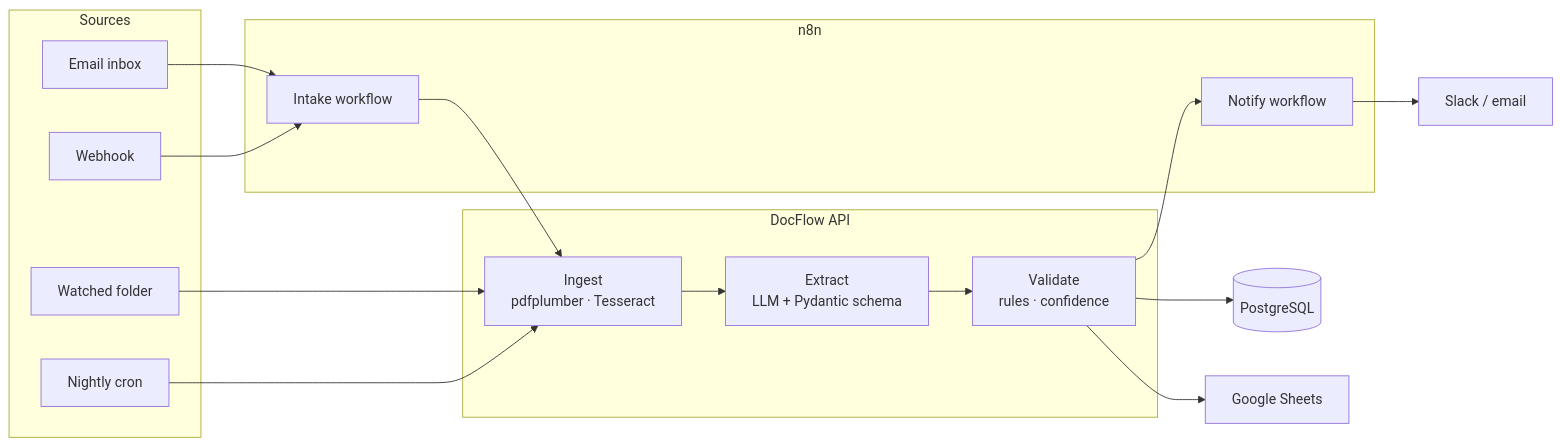
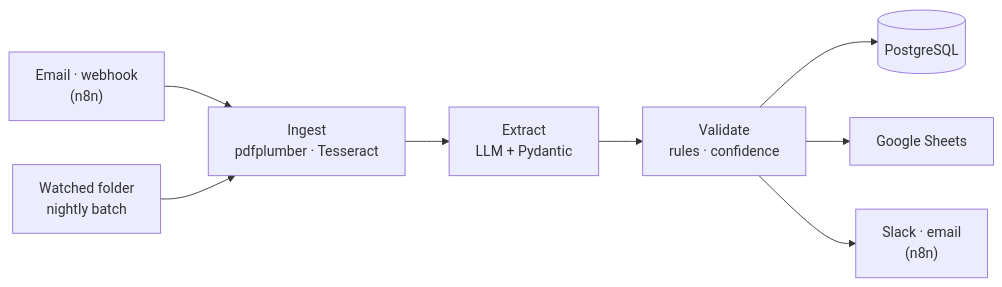
The diagram in README.md (PriyamKeshri/Docflow), drawn with Mermaid before and after one commit.

Commit message:
Simplify README diagram

````diff
--- a/README.md
+++ b/README.md
@@ -12,31 +12,10 @@
 ```mermaid
 flowchart LR
-    subgraph sources [Sources]
-        email[Email inbox]
-        hook[Webhook]
-        folder[Watched folder]
-        cron[Nightly cron]
-    end
-    subgraph orchestration [n8n]
-        intake[Intake workflow]
-        notify[Notify workflow]
-    end
-    subgraph service [DocFlow API]
-        ingest["Ingest<br/>pdfplumber · Tesseract"]
-        extract["Extract<br/>LLM + Pydantic schema"]
-        validate["Validate<br/>rules · confidence"]
-    end
-    db[(PostgreSQL)]
-    sheets[Google Sheets]
-    alerts[Slack / email]
-
-    email --> intake
-    hook --> intake
-    intake --> ingest
-    folder --> ingest
-    cron --> ingest
-    ingest --> extract --> validate
-    validate --> db
-    validate --> sheets
-    validate --> notify --> alerts
+    inbox["Email · webhook<br/>(n8n)"] --> ingest
+    folder["Watched folder<br/>nightly batch"] --> ingest
+    ingest["Ingest<br/>pdfplumber · Tesseract"] --> extract["Extract<br/>LLM + Pydantic"]
+    extract --> validate["Validate<br/>rules · confidence"]
+    validate --> db[(PostgreSQL)]
+    validate --> sheets[Google Sheets]
+    validate --> alerts["Slack · email<br/>(n8n)"]
 ```
````
